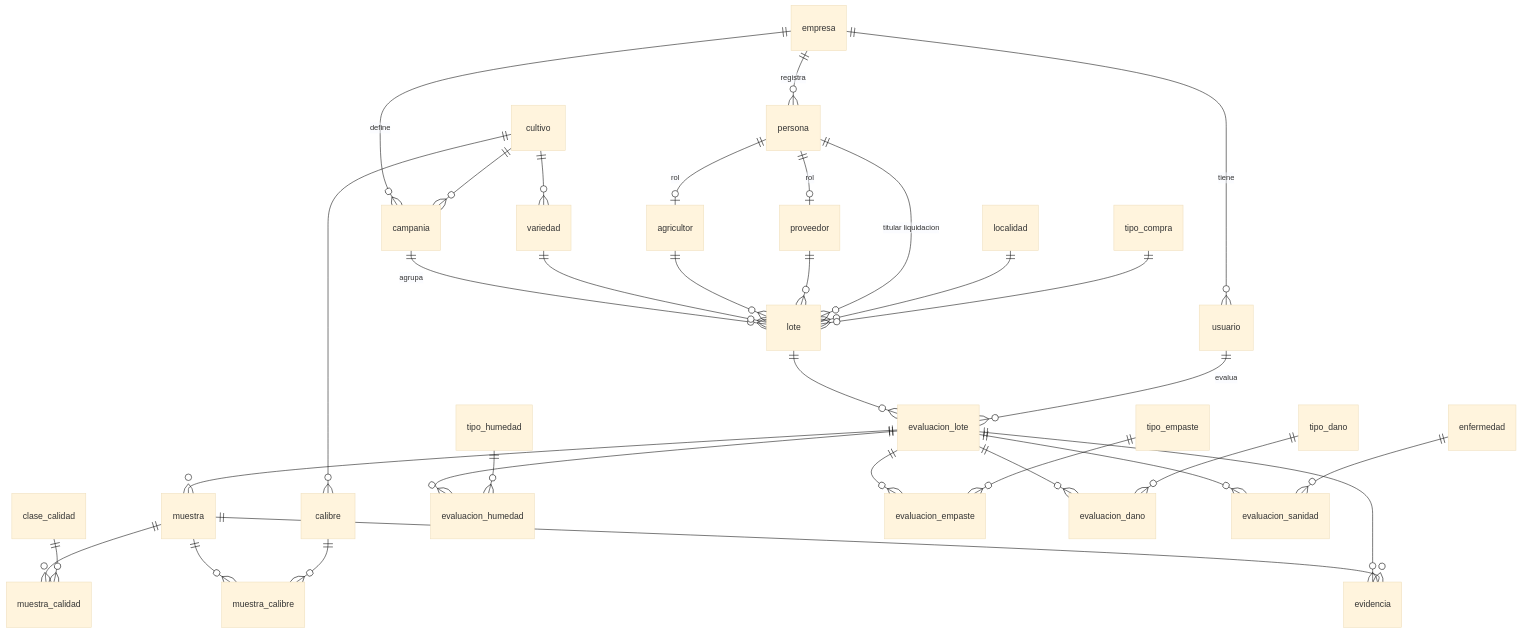
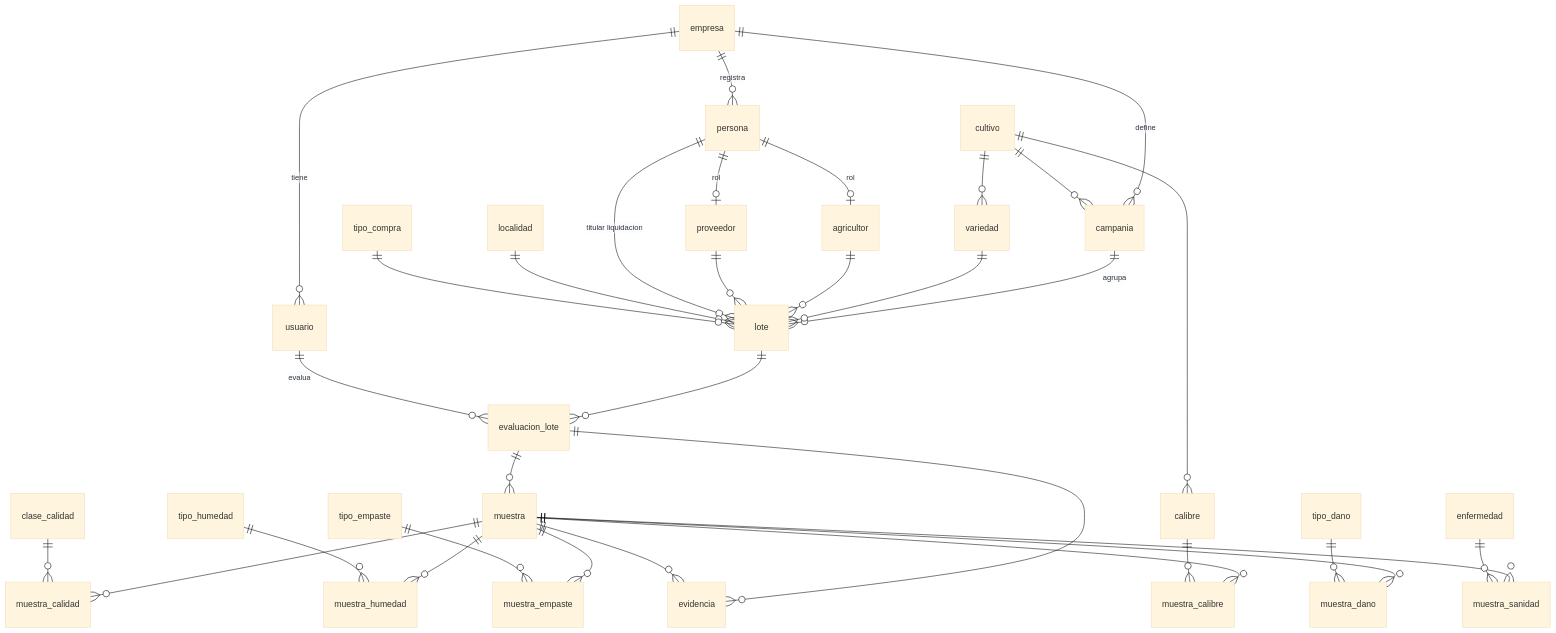
The diagram in docs/modelo-datos/01-identificacion-calidad-lote.md (Zealep/garlic), drawn with Mermaid (base theme) before and after one commit. The commit also changed other lines of this file and 166 other files, not shown here.

````diff
--- a/docs/modelo-datos/01-identificacion-calidad-lote.md
+++ b/docs/modelo-datos/01-identificacion-calidad-lote.md
@@ -38,40 +38,40 @@
 ```mermaid
 erDiagram
   empresa ||--o{ usuario : tiene
   empresa ||--o{ persona : registra
   empresa ||--o{ campania : define
   cultivo ||--o{ campania : ""
   persona ||--o| agricultor : "rol"
   persona ||--o| proveedor : "rol"
   cultivo ||--o{ variedad : ""
   cultivo ||--o{ calibre : ""
 
   campania ||--o{ lote : agrupa
   variedad ||--o{ lote : ""
   agricultor ||--o{ lote : ""
   proveedor ||--o{ lote : ""
   persona ||--o{ lote : "titular liquidacion"
   localidad ||--o{ lote : ""
   tipo_compra ||--o{ lote : ""
 
   lote ||--o{ evaluacion_lote : ""
   usuario ||--o{ evaluacion_lote : evalua
   evaluacion_lote ||--o{ muestra : ""
 
   muestra ||--o{ muestra_calidad : ""
   clase_calidad ||--o{ muestra_calidad : ""
   muestra ||--o{ muestra_calibre : ""
   calibre ||--o{ muestra_calibre : ""
 
-  evaluacion_lote ||--o{ evaluacion_humedad : ""
-  tipo_humedad ||--o{ evaluacion_humedad : ""
-  evaluacion_lote ||--o{ evaluacion_empaste : ""
-  tipo_empaste ||--o{ evaluacion_empaste : ""
-  evaluacion_lote ||--o{ evaluacion_dano : ""
-  tipo_dano ||--o{ evaluacion_dano : ""
-  evaluacion_lote ||--o{ evaluacion_sanidad : ""
-  enfermedad ||--o{ evaluacion_sanidad : ""
+  muestra ||--o{ muestra_humedad : ""
+  tipo_humedad ||--o{ muestra_humedad : ""
+  muestra ||--o{ muestra_empaste : ""
+  tipo_empaste ||--o{ muestra_empaste : ""
+  muestra ||--o{ muestra_dano : ""
+  tipo_dano ||--o{ muestra_dano : ""
+  muestra ||--o{ muestra_sanidad : ""
+  enfermedad ||--o{ muestra_sanidad : ""
 
   evaluacion_lote ||--o{ evidencia : ""
   muestra ||--o{ evidencia : ""
 ```
````
